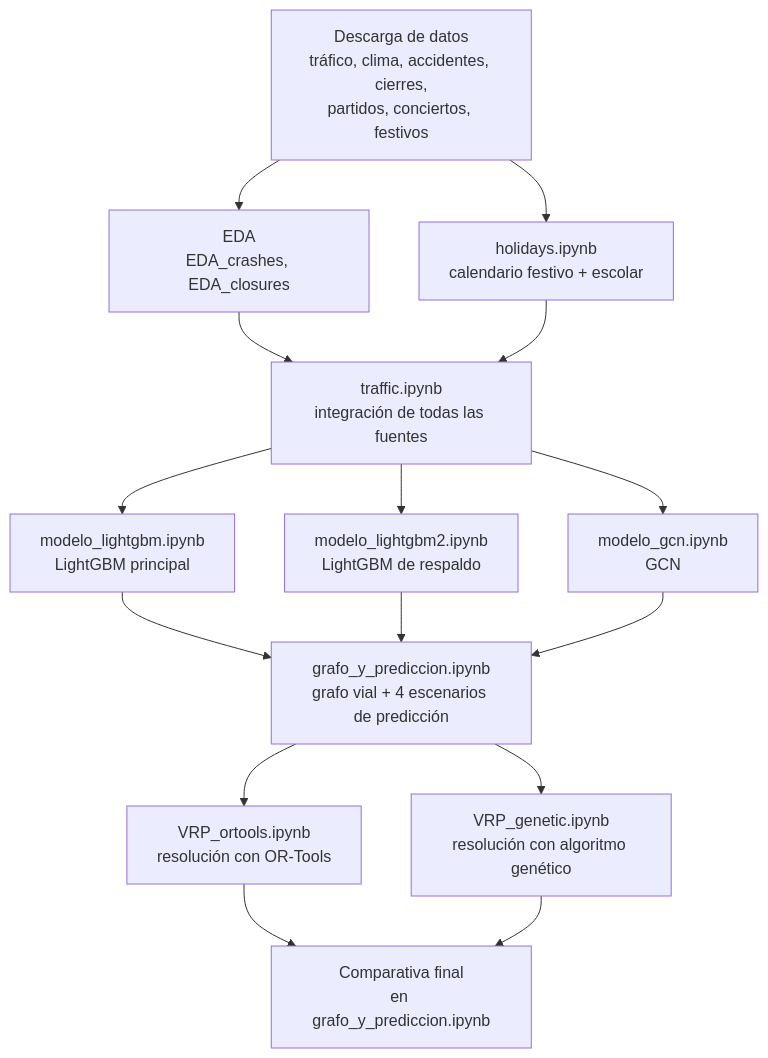
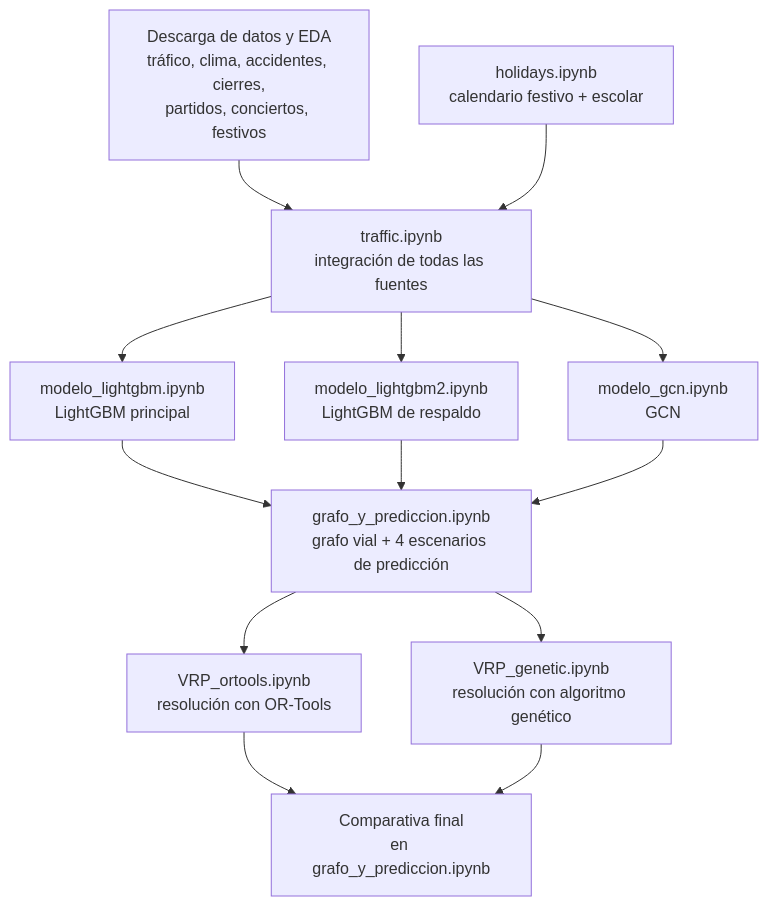
One commit to iac50/TFM_final changed the diagram in README.md. Above: the diagram before and after it, drawn with Mermaid.

Commit message:
Refactor flowchart in README for clarity

````diff
--- a/README.md
+++ b/README.md
@@ -26,17 +26,17 @@
 ```mermaid
 flowchart TD
-    A[Descarga de datos<br/>tráfico, clima, accidentes, cierres,<br/>partidos, conciertos, festivos] --> B[EDA<br/>EDA_crashes, EDA_closures]
-    A --> C[holidays.ipynb<br/>calendario festivo + escolar]
-    B --> D[traffic.ipynb<br/>integración de todas las fuentes]
-    C --> D
+    A1[Descarga de datos y EDA<br/>tráfico, clima, accidentes, cierres,<br/>partidos, conciertos, festivos] 
+    A2[holidays.ipynb<br/>calendario festivo + escolar]
+    A1 --> D[traffic.ipynb<br/>integración de todas las fuentes]
+    A2 --> D
     D --> E1[modelo_lightgbm.ipynb<br/>LightGBM principal]
     D --> E2[modelo_lightgbm2.ipynb<br/>LightGBM de respaldo]
     D --> E3[modelo_gcn.ipynb<br/>GCN]
     E1 --> F[grafo_y_prediccion.ipynb<br/>grafo vial + 4 escenarios de predicción]
     E2 --> F
     E3 --> F
     F --> G1[VRP_ortools.ipynb<br/>resolución con OR-Tools]
     F --> G2[VRP_genetic.ipynb<br/>resolución con algoritmo genético]
     G1 --> H[Comparativa final<br/>en grafo_y_prediccion.ipynb]
     G2 --> H
 ```
````
